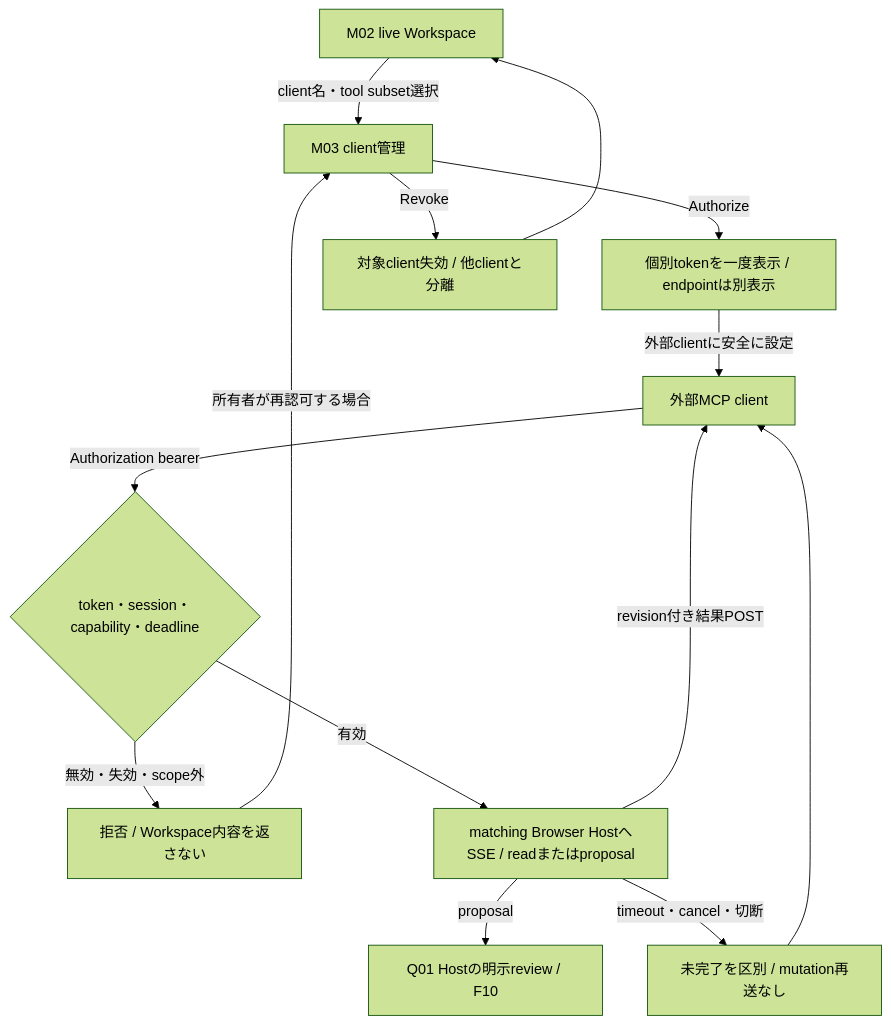
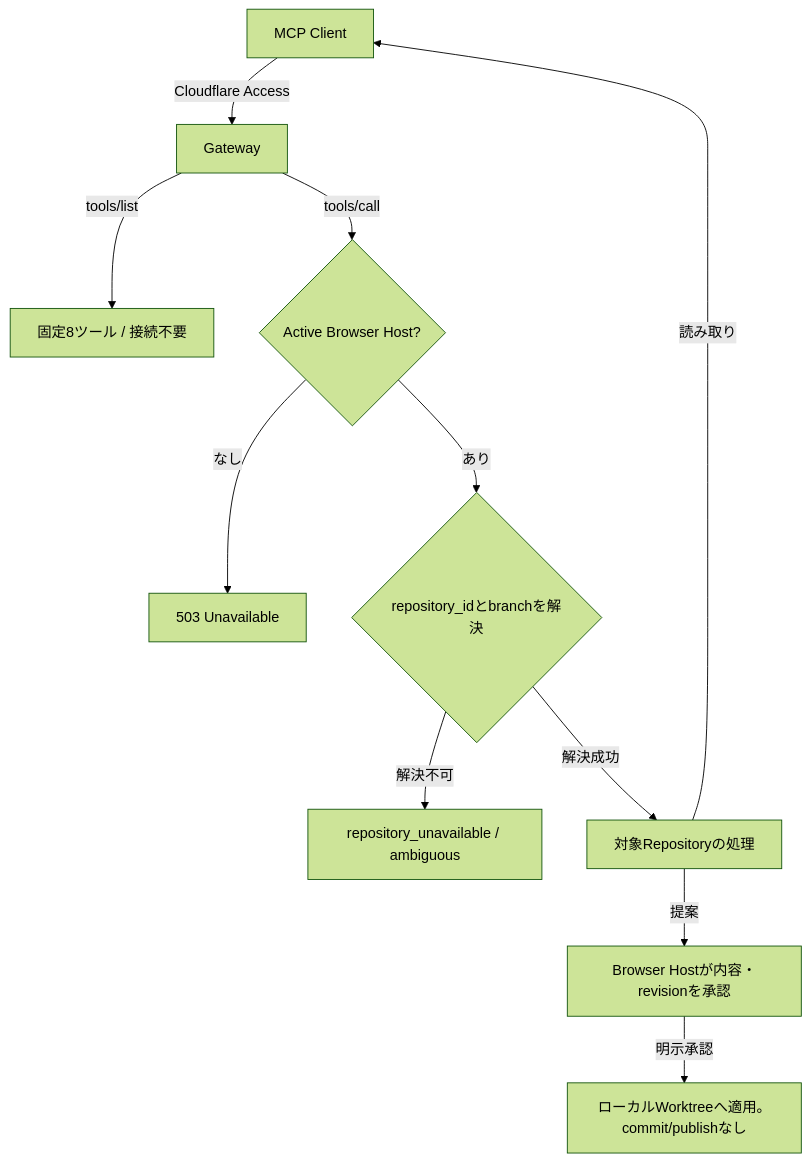
Before and after one commit to yohn-jp/proprium: diagram 13 of 18 in docs/architecture/USER-FLOWS.md, drawn with Mermaid (forest theme). The commit also changed other lines of this file and 19 other files, not shown here.

Commit message:
feat: active-browser MCP repository routing

````diff
--- a/docs/architecture/USER-FLOWS.md
+++ b/docs/architecture/USER-FLOWS.md
@@ -273,16 +271,13 @@
 ```mermaid
 flowchart TD
-  M02["M02 live Workspace"] -->|client名・tool subset選択| M03["M03 client管理"]
-  M03 -->|Authorize| Token["個別tokenを一度表示 / endpointは別表示"]
-  Token -->|外部clientに安全に設定| Client["外部MCP client"]
-  Client -->|Authorization bearer| Check{"token・session・capability・deadline"}
-  Check -->|無効・失効・scope外| Denied["拒否 / Workspace内容を返さない"]
-  Check -->|有効| Host["matching Browser HostへSSE / readまたはproposal"]
-  Host -->|revision付き結果POST| Client
-  Host -->|proposal| Q01["Q01 Hostの明示review / F10"]
-  Host -->|timeout・cancel・切断| Unavailable["未完了を区別 / mutation再送なし"]
-  Unavailable --> Client
-  M03 -->|Revoke| Revoked["対象client失効 / 他clientと分離"]
-  Revoked --> M02
-  Denied -->|所有者が再認可する場合| M03
+  Client["MCP Client"] -->|Cloudflare Access| Gateway["Gateway"]
+  Gateway -->|tools/list| Registry["固定8ツール / 接続不要"]
+  Gateway -->|tools/call| Active{"Active Browser Host?"}
+  Active -->|なし| Unavailable["503 Unavailable"]
+  Active -->|あり| Repository{"repository_idとbranchを解決"}
+  Repository -->|解決不可| Failed["repository_unavailable / ambiguous"]
+  Repository -->|解決成功| Tool["対象Repositoryの処理"]
+  Tool -->|読み取り| Client
+  Tool -->|提案| Review["Browser Hostが内容・revisionを承認"]
+  Review -->|明示承認| Worktree["ローカルWorktreeへ適用。commit/publishなし"]
 ```
````
